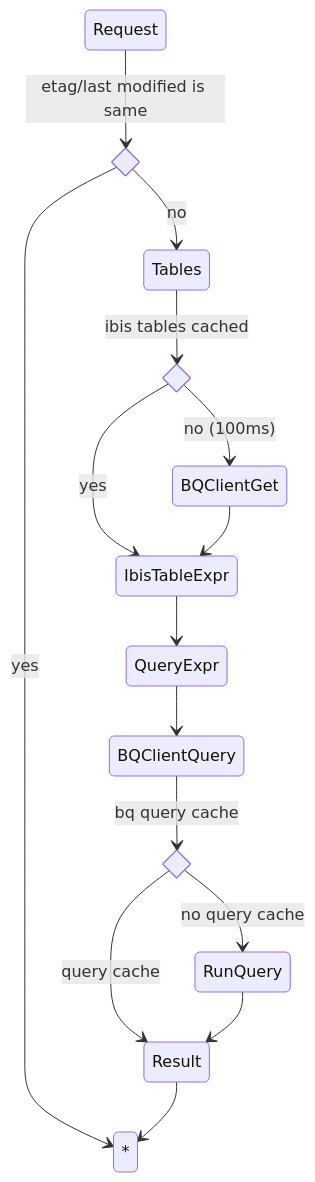
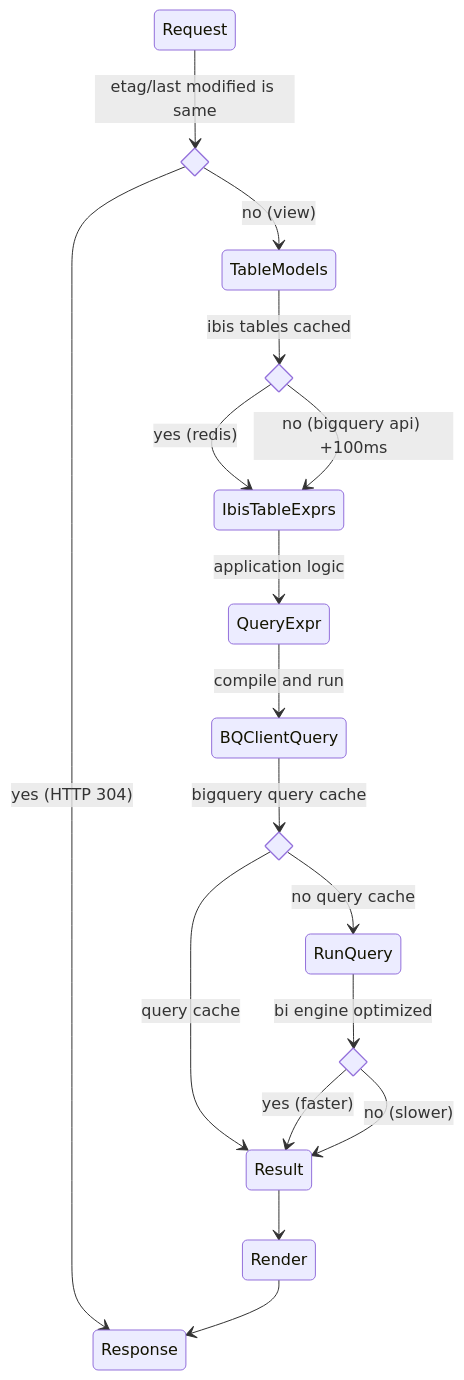
One commit to gyana/gyana changed the diagram in apps/base/BIGQUERY.md. Above: the diagram before and after it, drawn with Mermaid. The commit also changed other lines of this file, not shown here.

Commit message:
Updates on BigQuery doc

````diff
--- a/apps/base/BIGQUERY.md
+++ b/apps/base/BIGQUERY.md
@@ -20,22 +22,25 @@
 ```mermaid
 stateDiagram-v2
   state if_not_modified <<choice>>
   state if_ibis_cached <<choice>>
   state if_bq_cached <<choice>>
+  state if_bi_engine <<choice>>
 
   Request --> if_not_modified: etag/last modified is same
-  if_not_modified --> *: yes
-  if_not_modified --> Tables: no
-  Tables --> if_ibis_cached: ibis tables cached
-  if_ibis_cached --> IbisTableExpr: yes
-  if_ibis_cached --> BQClientGet: no (100ms)
-  BQClientGet --> IbisTableExpr
-  IbisTableExpr --> QueryExpr
-  QueryExpr --> BQClientQuery
-  BQClientQuery --> if_bq_cached: bq query cache
+  if_not_modified --> Response: yes (HTTP 304)
+  if_not_modified --> TableModels: no (view)
+  TableModels --> if_ibis_cached: ibis tables cached
+  if_ibis_cached --> IbisTableExprs: yes (redis)
+  if_ibis_cached --> IbisTableExprs: no (bigquery api) +100ms
+  IbisTableExprs --> QueryExpr: application logic
+  QueryExpr --> BQClientQuery: compile and run
+  BQClientQuery --> if_bq_cached: bigquery query cache
   if_bq_cached --> Result: query cache
   if_bq_cached --> RunQuery: no query cache
-  RunQuery --> Result
-  Result --> *
+  RunQuery --> if_bi_engine: bi engine optimized
+  if_bi_engine --> Result: yes (faster)
+  if_bi_engine --> Result: no (slower)
+  Result --> Render
+  Render --> Response
 
 ```
````
